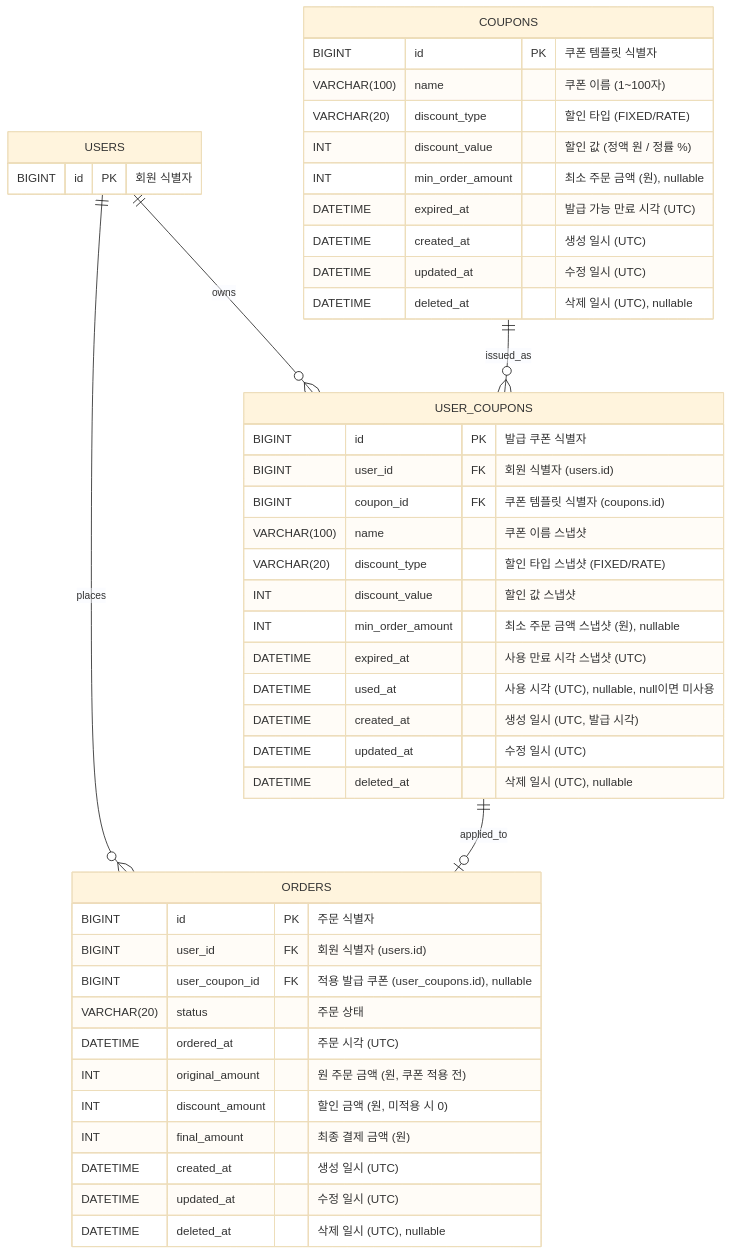
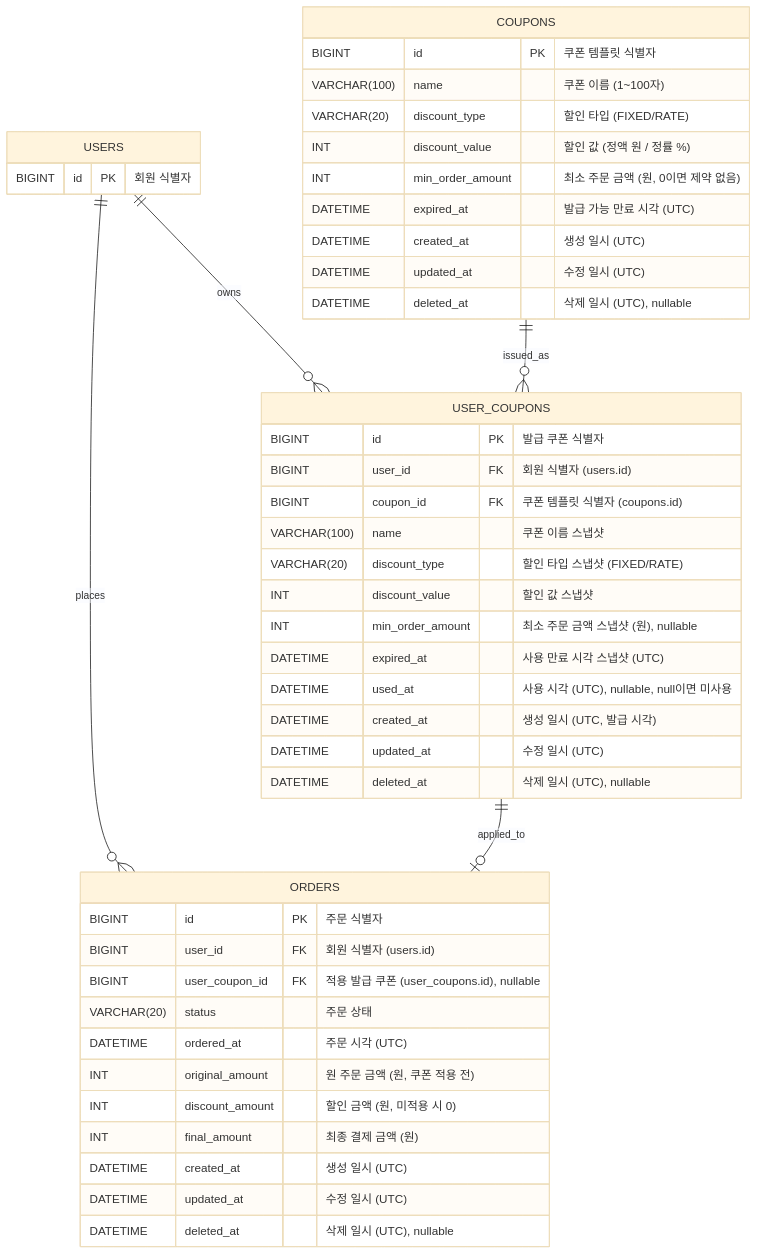
One commit to loopers-labs/loop-pack-be-l2-vol4-java changed the diagram in docs/volume-4/04-erd.md. Above: the diagram before and after it, drawn with Mermaid (base theme). The commit also changed other lines of this file and 18 other files, not shown here.

````diff
--- a/docs/volume-4/04-erd.md
+++ b/docs/volume-4/04-erd.md
@@ -16,49 +16,49 @@
 ```mermaid
 erDiagram
     USERS {
         BIGINT id PK "회원 식별자"
     }
     ORDERS {
         BIGINT id PK "주문 식별자"
         BIGINT user_id FK "회원 식별자 (users.id)"
         BIGINT user_coupon_id FK "적용 발급 쿠폰 (user_coupons.id), nullable"
         VARCHAR(20) status "주문 상태"
         DATETIME ordered_at "주문 시각 (UTC)"
         INT original_amount "원 주문 금액 (원, 쿠폰 적용 전)"
         INT discount_amount "할인 금액 (원, 미적용 시 0)"
         INT final_amount "최종 결제 금액 (원)"
         DATETIME created_at "생성 일시 (UTC)"
         DATETIME updated_at "수정 일시 (UTC)"
         DATETIME deleted_at "삭제 일시 (UTC), nullable"
     }
     COUPONS {
         BIGINT id PK "쿠폰 템플릿 식별자"
         VARCHAR(100) name "쿠폰 이름 (1~100자)"
         VARCHAR(20) discount_type "할인 타입 (FIXED/RATE)"
         INT discount_value "할인 값 (정액 원 / 정률 %)"
-        INT min_order_amount "최소 주문 금액 (원), nullable"
+        INT min_order_amount "최소 주문 금액 (원, 0이면 제약 없음)"
         DATETIME expired_at "발급 가능 만료 시각 (UTC)"
         DATETIME created_at "생성 일시 (UTC)"
         DATETIME updated_at "수정 일시 (UTC)"
         DATETIME deleted_at "삭제 일시 (UTC), nullable"
     }
     USER_COUPONS {
         BIGINT id PK "발급 쿠폰 식별자"
         BIGINT user_id FK "회원 식별자 (users.id)"
         BIGINT coupon_id FK "쿠폰 템플릿 식별자 (coupons.id)"
         VARCHAR(100) name "쿠폰 이름 스냅샷"
         VARCHAR(20) discount_type "할인 타입 스냅샷 (FIXED/RATE)"
         INT discount_value "할인 값 스냅샷"
         INT min_order_amount "최소 주문 금액 스냅샷 (원), nullable"
         DATETIME expired_at "사용 만료 시각 스냅샷 (UTC)"
         DATETIME used_at "사용 시각 (UTC), nullable, null이면 미사용"
         DATETIME created_at "생성 일시 (UTC, 발급 시각)"
         DATETIME updated_at "수정 일시 (UTC)"
         DATETIME deleted_at "삭제 일시 (UTC), nullable"
     }
 
     USERS        ||--o{ ORDERS       : places
     USERS        ||--o{ USER_COUPONS : owns
     COUPONS      ||--o{ USER_COUPONS : issued_as
     USER_COUPONS ||--o| ORDERS       : applied_to
 ```
````
